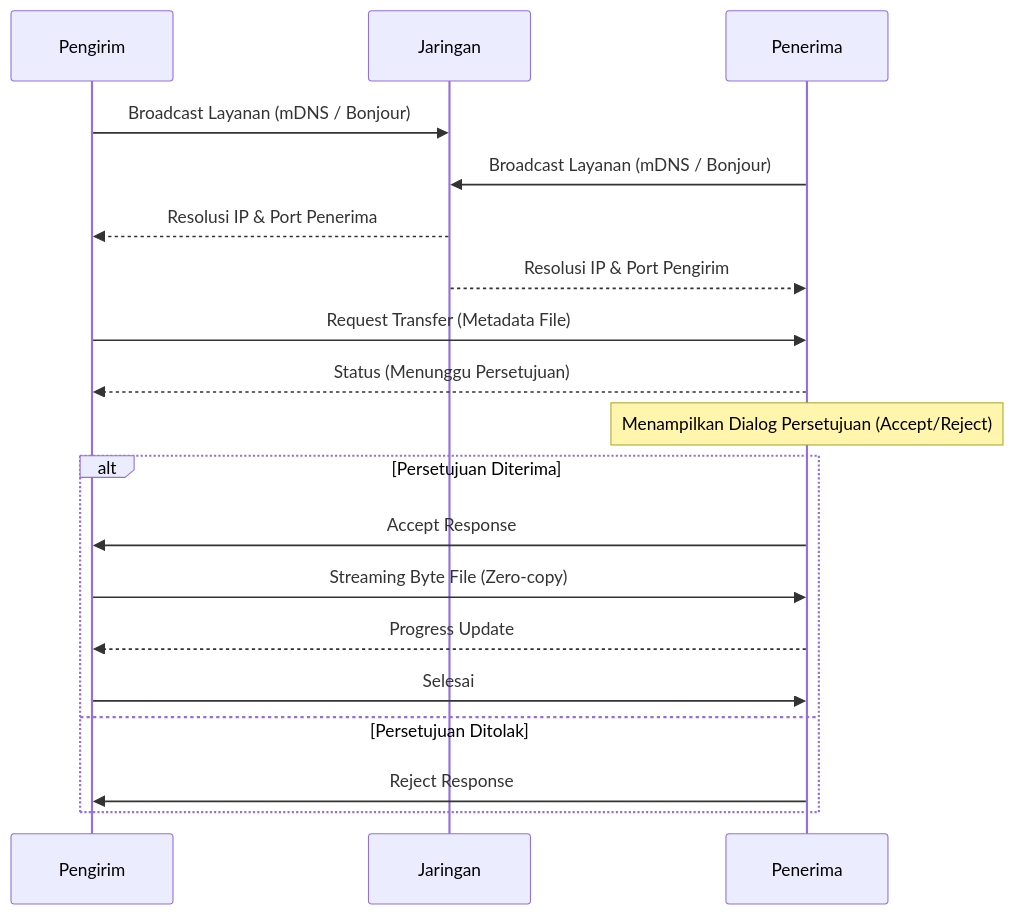
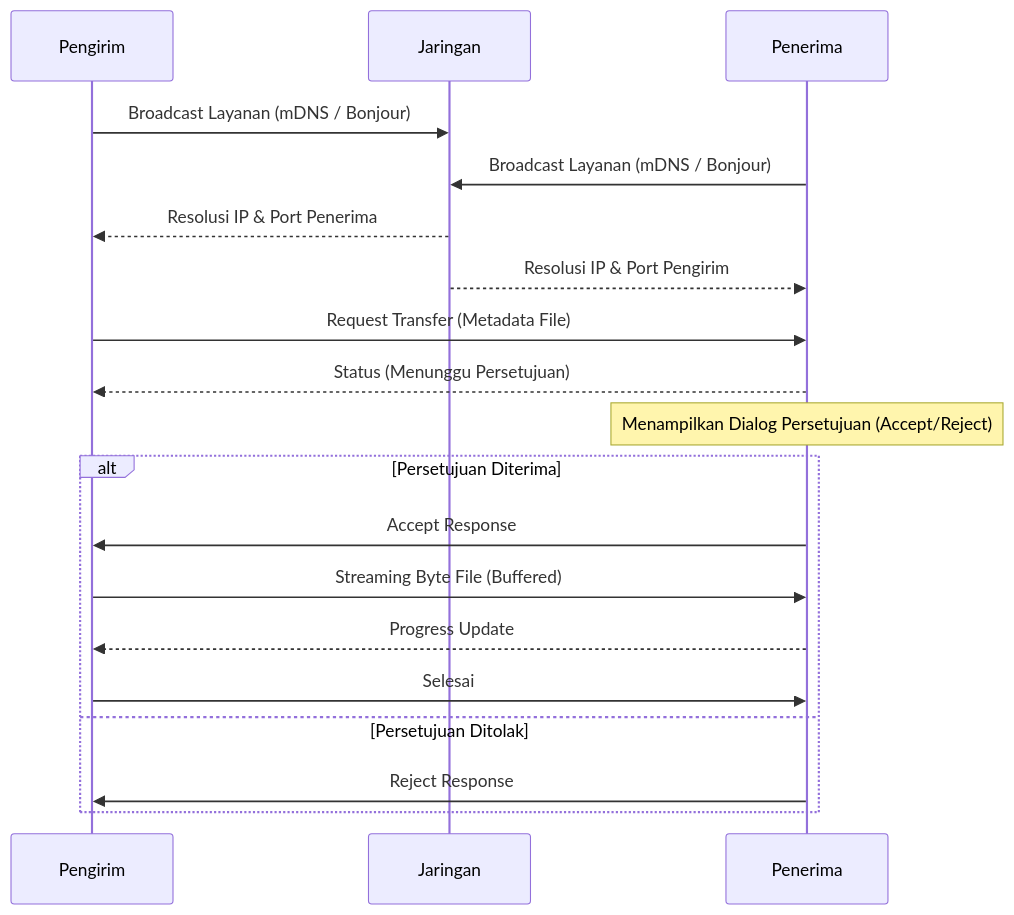
Before and after one commit to halfthew0rldaway/relay: the diagram in README.md, drawn with Mermaid. The commit also changed other lines of this file and 5 other files, not shown here.

````diff
--- a/README.md
+++ b/README.md
@@ -36,25 +36,25 @@
 ```mermaid
 sequenceDiagram
     participant Pengirim
     participant Jaringan
     participant Penerima
 
     Pengirim->>Jaringan: Broadcast Layanan (mDNS / Bonjour)
     Penerima->>Jaringan: Broadcast Layanan (mDNS / Bonjour)
     Jaringan-->>Pengirim: Resolusi IP & Port Penerima
     Jaringan-->>Penerima: Resolusi IP & Port Pengirim
     
     Pengirim->>Penerima: Request Transfer (Metadata File)
     Penerima-->>Pengirim: Status (Menunggu Persetujuan)
     
     Note over Penerima: Menampilkan Dialog Persetujuan (Accept/Reject)
     
     alt Persetujuan Diterima
         Penerima->>Pengirim: Accept Response
-        Pengirim->>Penerima: Streaming Byte File (Zero-copy)
+        Pengirim->>Penerima: Streaming Byte File (Buffered)
         Penerima-->>Pengirim: Progress Update
         Pengirim->>Penerima: Selesai
     else Persetujuan Ditolak
         Penerima->>Pengirim: Reject Response
     end
 ```
````
